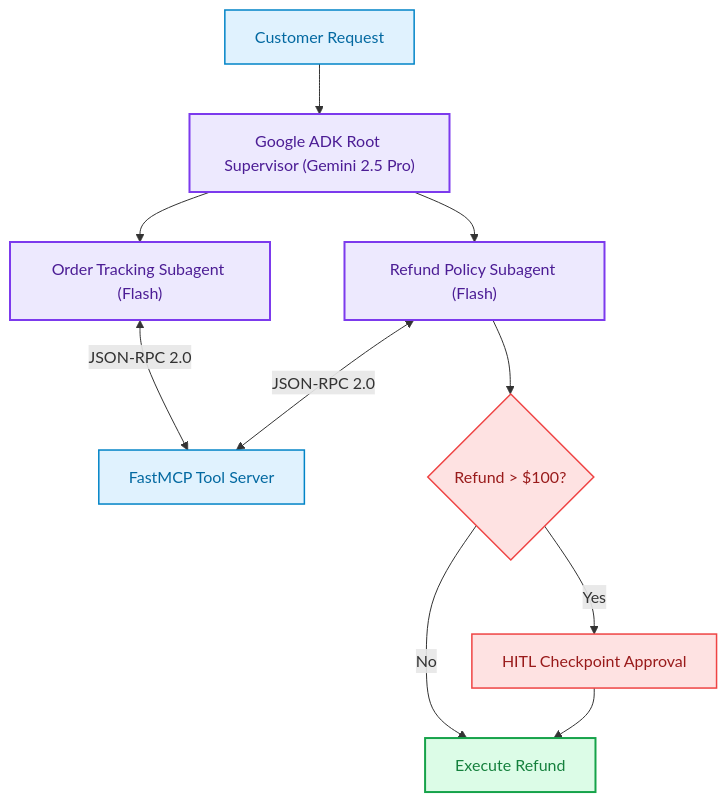
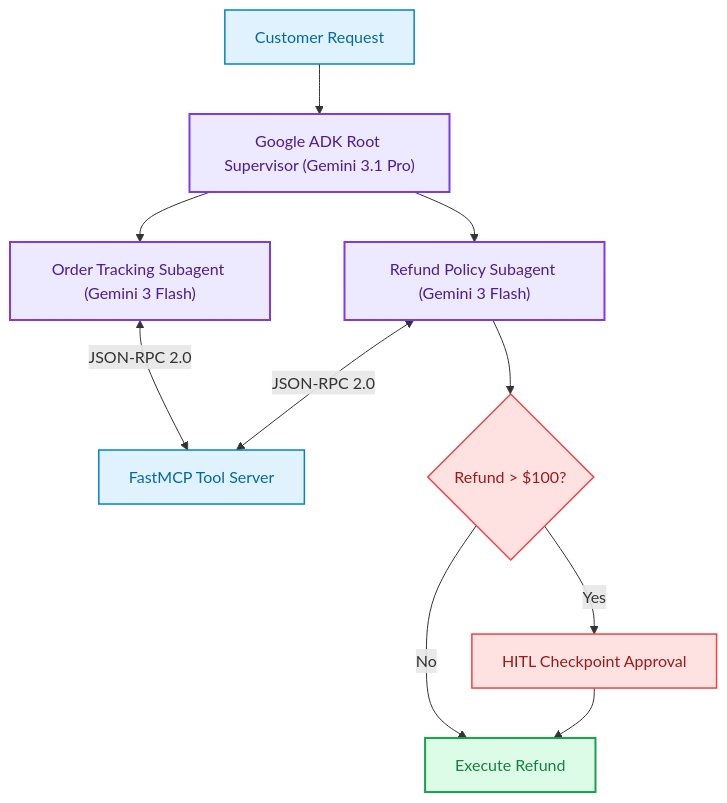
Before and after one commit to FirdowsRahaman/agentic-ai-and-ml-roadmap: the fifth of 5 diagrams in projects/README.md, drawn with Mermaid. The commit also changed other lines of this file and 9 other files, not shown here.

````diff
--- a/projects/README.md
+++ b/projects/README.md
@@ -173,21 +173,21 @@
 ```mermaid
 flowchart TD
-    REQ["Customer Request"] --> SUP["Google ADK Root Supervisor (Gemini 2.5 Pro)"]
-    SUP --> ORD["Order Tracking Subagent (Flash)"]
-    SUP --> REF["Refund Policy Subagent (Flash)"]
+    REQ["Customer Request"] --> SUP["Google ADK Root Supervisor (Gemini 3.1 Pro)"]
+    SUP --> ORD["Order Tracking Subagent (Gemini 3 Flash)"]
+    SUP --> REF["Refund Policy Subagent (Gemini 3 Flash)"]
     ORD & REF <-->|"JSON-RPC 2.0"| MCP["FastMCP Tool Server"]
     REF --> HITL{"Refund > $100?"}
     HITL -->|"Yes"| APR["HITL Checkpoint Approval"]
     HITL -->|"No"| EXE["Execute Refund"]
     APR --> EXE
 
     classDef u fill:#E0F2FE,stroke:#0284C7,stroke-width:1.5px,color:#0369A1;
     classDef ag fill:#EDE9FE,stroke:#7C3AED,stroke-width:2px,color:#4C1D95;
     classDef g fill:#FEE2E2,stroke:#EF4444,stroke-width:1.5px,color:#991B1B;
     classDef ok fill:#DCFCE7,stroke:#16A34A,stroke-width:2px,color:#15803D;
 
     class REQ,MCP u;
     class SUP,ORD,REF ag;
     class HITL,APR g;
     class EXE ok;
 ```
````
